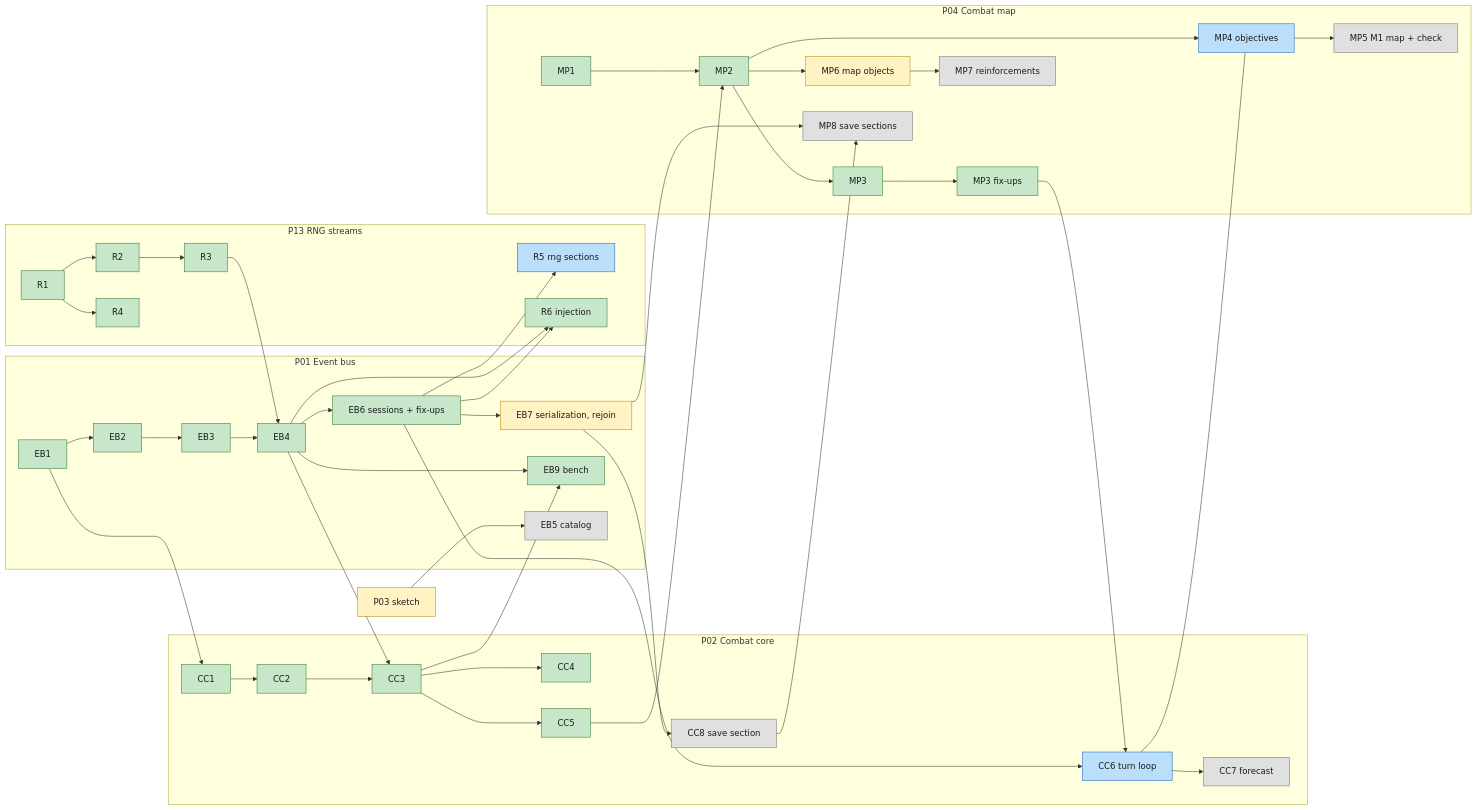
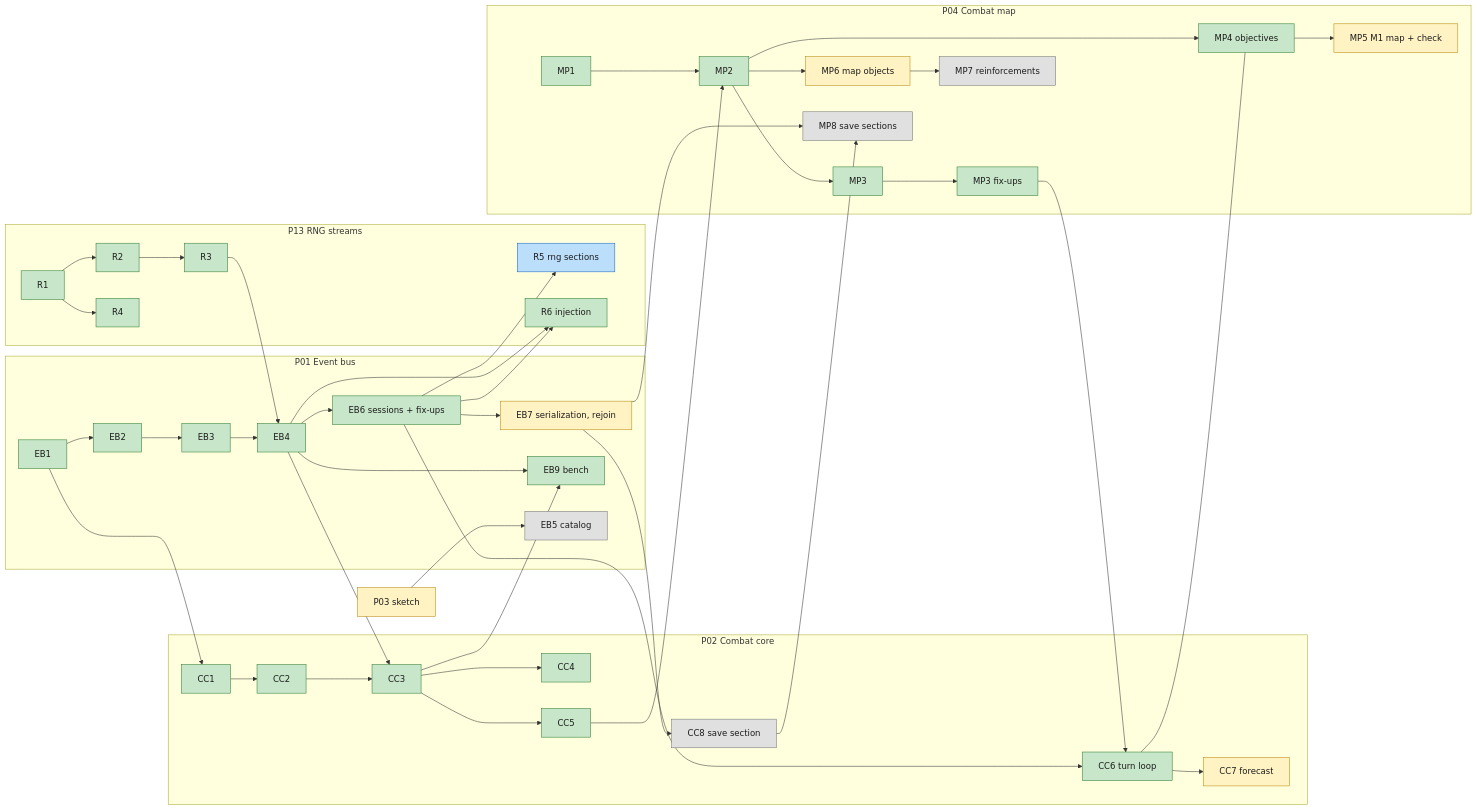
The second of 2 diagrams in docs/plans/game-orchestrator.md (DevinHMurphy/bandit-bash), drawn with Mermaid before and after one commit. The commit also changed other lines of this file and 2 other files, not shown here.

````diff
--- a/docs/plans/game-orchestrator.md
+++ b/docs/plans/game-orchestrator.md
@@ -166,58 +168,58 @@
 ```mermaid
 flowchart LR
   subgraph P13[P13 RNG streams]
     R1 --> R2 --> R3
     R1 --> R4
     R5[R5 rng sections]
     R6[R6 injection]
   end
   subgraph P01[P01 Event bus]
     EB1 --> EB2 --> EB3 --> EB4
     EB4 --> EB6[EB6 sessions + fix-ups]
     EB6 --> EB7[EB7 serialization, rejoin]
     EB4 --> EB9[EB9 bench]
     EB5[EB5 catalog]
   end
   subgraph P02[P02 Combat core]
     CC1 --> CC2 --> CC3
     CC3 --> CC4
     CC3 --> CC5
     CC6[CC6 turn loop]
     CC7[CC7 forecast]
     CC8[CC8 save section]
     CC6 --> CC7
   end
   subgraph P04[P04 Combat map]
     MP1 --> MP2 --> MP3
     MP3 --> MP3F[MP3 fix-ups]
     MP3F --> CC6
     MP2 --> MP4[MP4 objectives]
     MP4 --> MP5[MP5 M1 map + check]
     MP2 --> MP6[MP6 map objects]
     MP6 --> MP7[MP7 reinforcements]
     MP8[MP8 save sections]
   end
   P03S[P03 sketch] --> EB5
   R3 --> EB4
   EB1 --> CC1
   EB4 --> CC3
   CC3 --> EB9
   CC5 --> MP2
   EB6 --> CC6
   CC6 --- MP4
   EB6 --> R5
   EB4 --> R6
   EB6 --> R6
   EB7 --> CC8
   EB7 --> MP8
   CC8 --> MP8
 
   classDef done fill:#c8e6c9,stroke:#2e7d32,color:#1b1b1b
   classDef active fill:#bbdefb,stroke:#1565c0,color:#1b1b1b
   classDef ready fill:#fff3c4,stroke:#b8860b,color:#1b1b1b
   classDef waiting fill:#e0e0e0,stroke:#757575,color:#1b1b1b
-  class R1,R2,R3,R4,R6,EB1,EB2,EB3,EB4,EB6,EB9,CC1,CC2,CC3,CC4,CC5,MP1,MP2,MP3,MP3F done
-  class CC6,MP4,R5 active
-  class EB7,MP6,P03S ready
-  class EB5,CC7,CC8,MP5,MP7,MP8 waiting
+  class R1,R2,R3,R4,R6,EB1,EB2,EB3,EB4,EB6,EB9,CC1,CC2,CC3,CC4,CC5,CC6,MP1,MP2,MP3,MP3F,MP4 done
+  class R5 active
+  class EB7,CC7,MP5,MP6,P03S ready
+  class EB5,CC8,MP7,MP8 waiting
 ```
````
